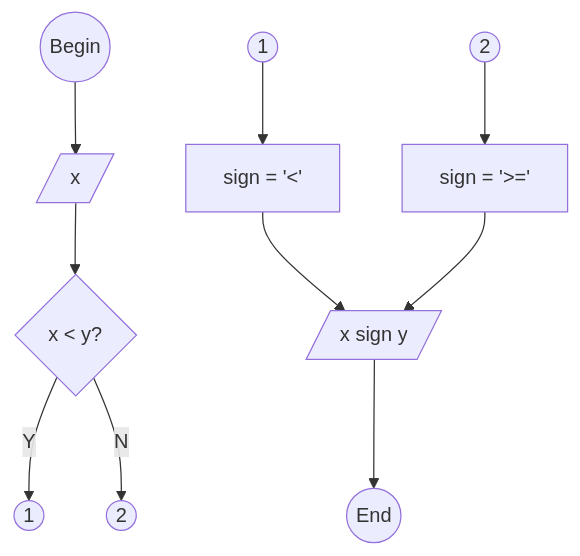
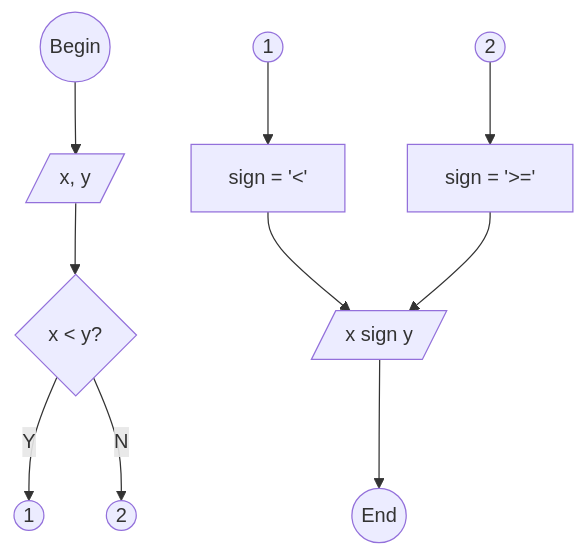
Before and after one commit to dudung/python: the first of 2 diagrams in src/stepin/examples/numbers/compare.md, drawn with Mermaid. The commit also changed other lines of this file, not shown here.

````diff
--- a/src/stepin/examples/numbers/compare.md
+++ b/src/stepin/examples/numbers/compare.md
@@ -2,20 +2,20 @@
 ```mermaid
 flowchart TD
   B --> I --> D
   D --Y--> C1a
   D --N--> C2a
   C1b --> P1 --> O
   C2b --> P2 --> O
   O --> E
   C1a(("1"))
   C1b(("1"))
   C2a(("2"))
   C2b(("2"))
   B(("Begin"))
-  I[/"x"/]
+  I[/"x, y"/]
   D{"x < y?"}
   P1["sign = '<'"]
   P2["sign = '>='"]
   O[/"x sign y"/]
   E(("End"))
 ```
````
